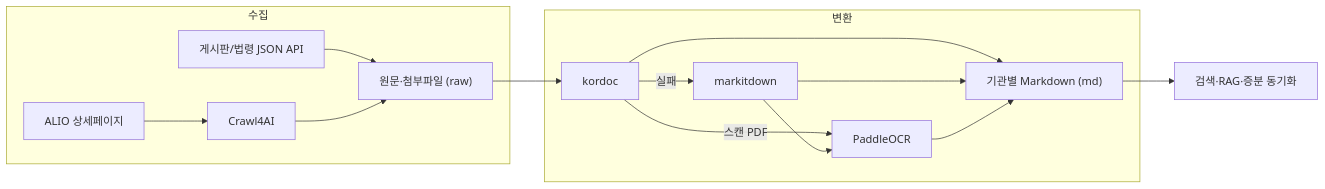
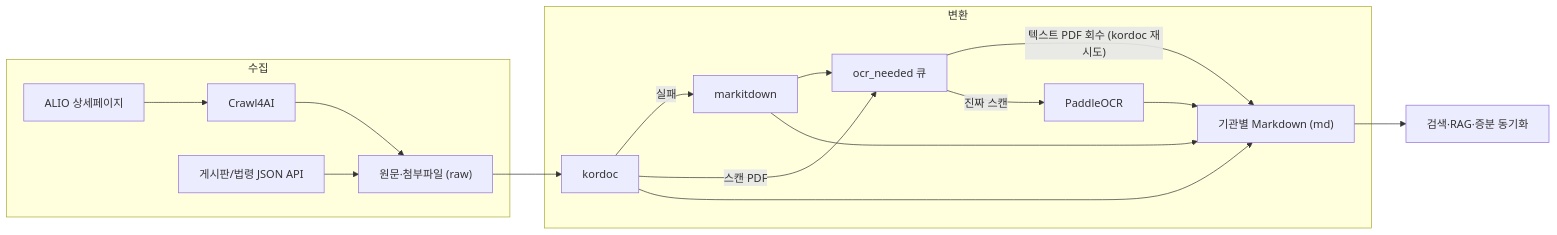
Before and after one commit to bigone-kcrew/crawl4alio: the diagram in README.md, drawn with Mermaid. The commit also changed other lines of this file and 5 other files, not shown here.

````diff
--- a/README.md
+++ b/README.md
@@ -48,18 +49,20 @@
 ```mermaid
 flowchart LR
     subgraph 수집
       A["ALIO 상세페이지"] --> B["Crawl4AI"]
       A2["게시판/법령 JSON API"] --> C
       B --> C["원문·첨부파일 (raw)"]
     end
     subgraph 변환
       C --> D["kordoc"]
       D -->|실패| E["markitdown"]
-      D -->|스캔 PDF| F["PaddleOCR"]
-      E --> F
+      D -->|스캔 PDF| Q["ocr_needed 큐"]
+      E --> Q
+      Q -->|"텍스트 PDF 회수 (kordoc 재시도)"| G
+      Q -->|진짜 스캔| F["PaddleOCR"]
       D --> G["기관별 Markdown (md)"]
       E --> G
       F --> G
     end
     G --> H["검색·RAG·증분 동기화"]
 ```
````
